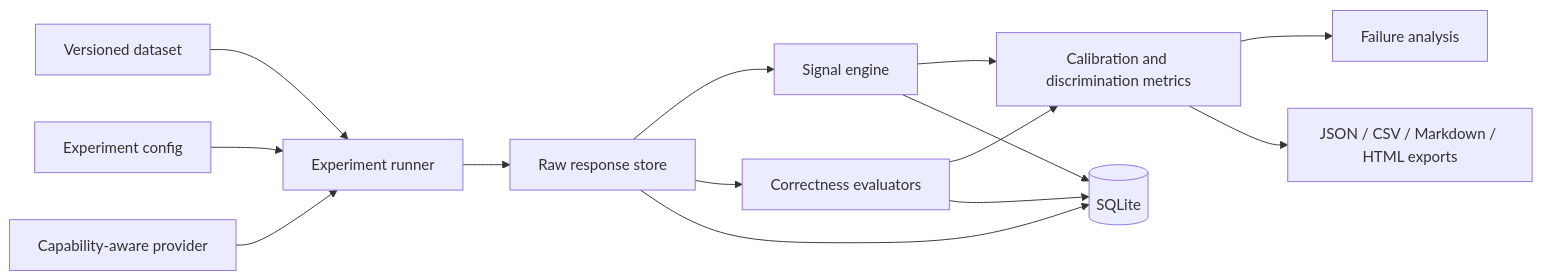
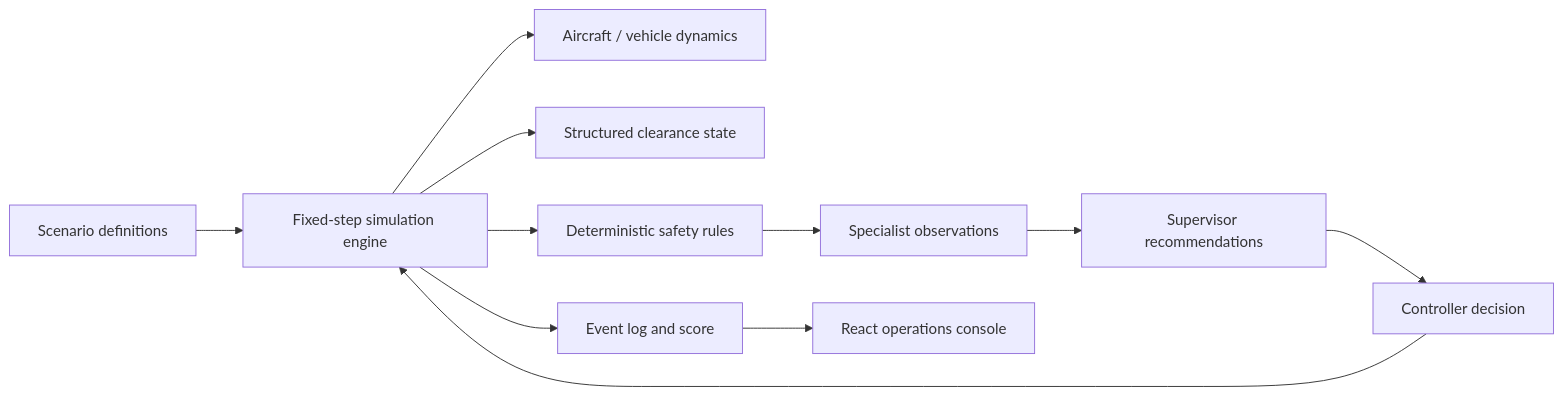
The diagram in README.md (aashita-46/Mirage-LLM), drawn with Mermaid before and after one commit. The commit also changed other lines of this file and 11 other files, not shown here.

````diff
--- a/README.md
+++ b/README.md
@@ -105,16 +22,13 @@
 ```mermaid
 flowchart LR
-  D[Versioned dataset] --> R[Experiment runner]
-  C[Experiment config] --> R
-  P[Capability-aware provider] --> R
-  R --> O[Raw response store]
-  O --> S[Signal engine]
-  O --> E[Correctness evaluators]
-  S --> M[Calibration and discrimination metrics]
-  E --> M
-  M --> F[Failure analysis]
-  M --> X[JSON / CSV / Markdown / HTML exports]
-  O --> DB[(SQLite)]
-  S --> DB
-  E --> DB
+  S[Scenario definitions] --> E[Fixed-step simulation engine]
+  E --> D[Aircraft / vehicle dynamics]
+  E --> C[Structured clearance state]
+  E --> R[Deterministic safety rules]
+  R --> A[Specialist observations]
+  A --> G[Supervisor recommendations]
+  G --> U[Controller decision]
+  U --> E
+  E --> L[Event log and score]
+  L --> UI[React operations console]
 ```
````
